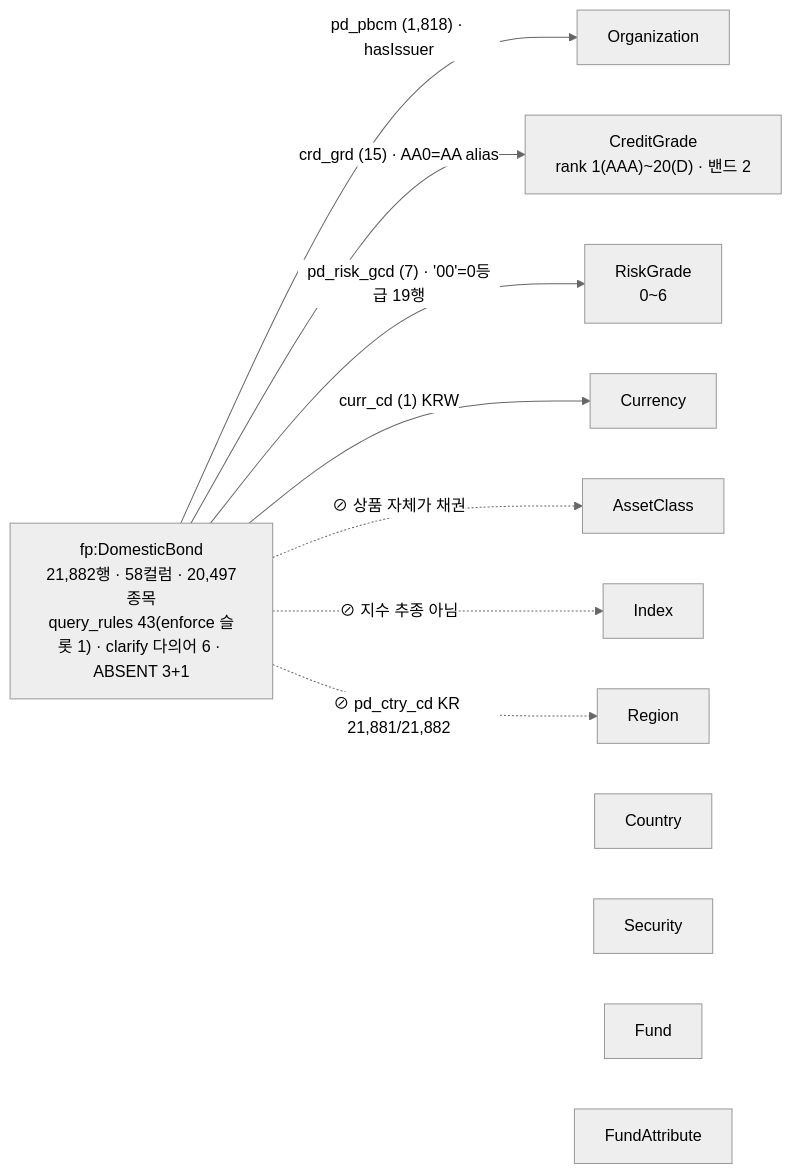
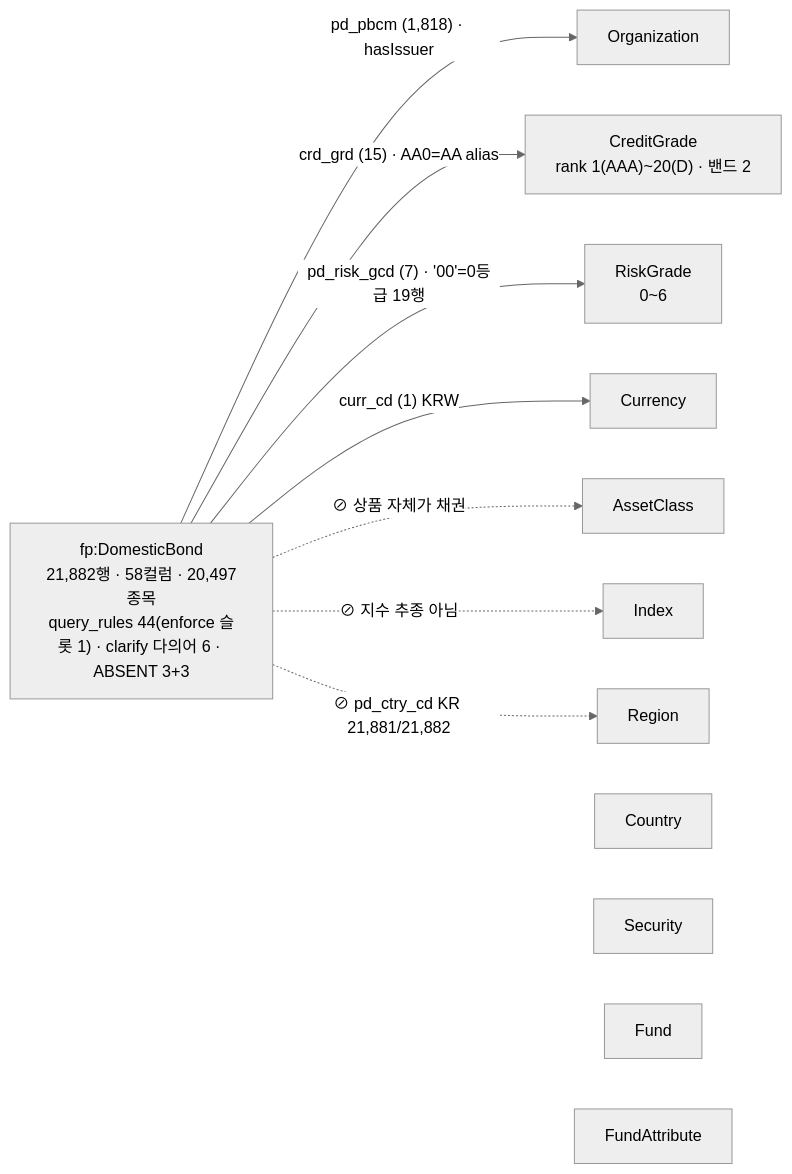
The diagram in docs/기술제안서/04_도메인_채권.md (Song-exp/miraeassetfesta), drawn with Mermaid (neutral theme) before and after one commit. The commit also changed other lines of this file and 3 other files, not shown here.

````diff
--- a/docs/기술제안서/04_도메인_채권.md
+++ b/docs/기술제안서/04_도메인_채권.md
@@ -78,13 +78,13 @@
 ```mermaid
 flowchart LR
-  B["fp:DomesticBond<br/>21,882행 · 58컬럼 · 20,497종목<br/>query_rules 43(enforce 슬롯 1) · clarify 다의어 6 · ABSENT 3+1"]
+  B["fp:DomesticBond<br/>21,882행 · 58컬럼 · 20,497종목<br/>query_rules 44(enforce 슬롯 1) · clarify 다의어 6 · ABSENT 3+3"]
   ORG[Organization]; CG["CreditGrade<br/>rank 1(AAA)~20(D) · 밴드 2"]; RG["RiskGrade<br/>0~6"]; AC[AssetClass]; IDX[Index]; REG[Region]; CTY[Country]; CUR[Currency]; SEC[Security]; FND[Fund]; FA[FundAttribute]
   B -- "pd_pbcm (1,818) · hasIssuer" --> ORG
   B -- "crd_grd (15) · AA0=AA alias" --> CG
   B -- "pd_risk_gcd (7) · '00'=0등급 19행" --> RG
   B -- "curr_cd (1) KRW" --> CUR
   B -. "⊘ 상품 자체가 채권" .-> AC
   B -. "⊘ 지수 추종 아님" .-> IDX
   B -. "⊘ pd_ctry_cd KR 21,881/21,882" .-> REG
   B ~~~ CTY; B ~~~ SEC; B ~~~ FND; B ~~~ FA
 ```
````
